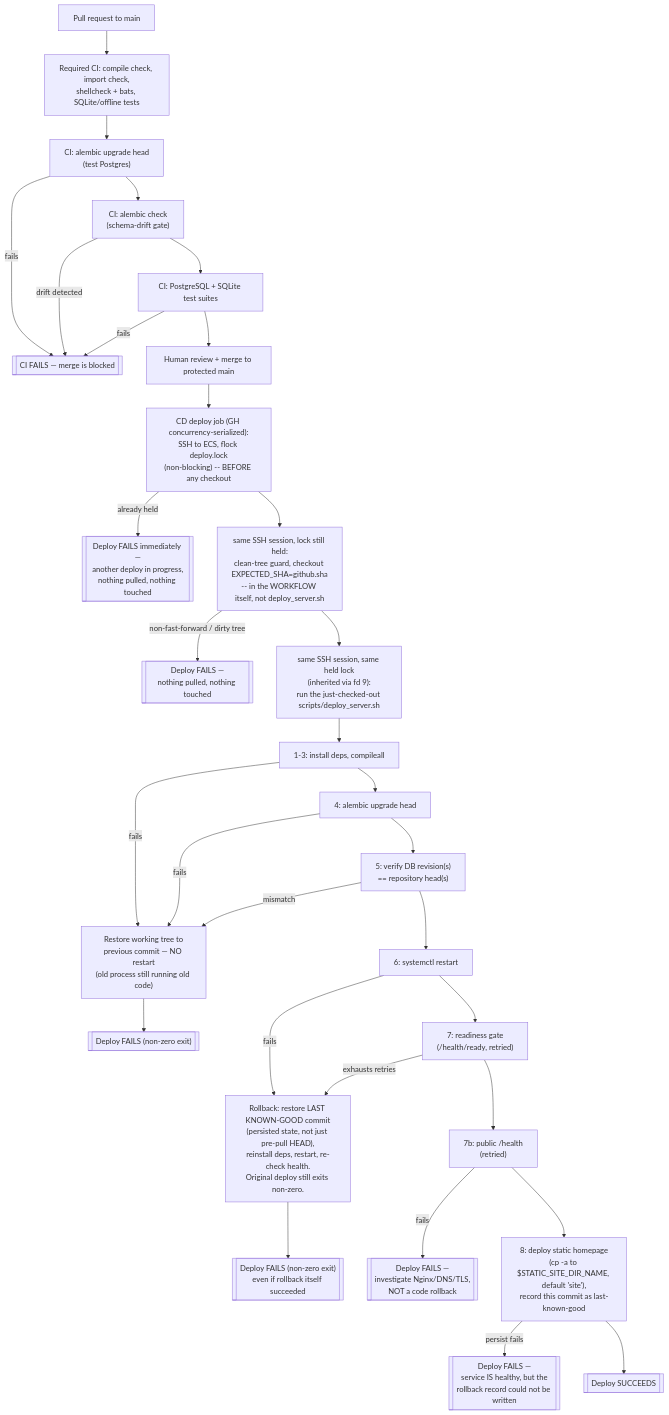
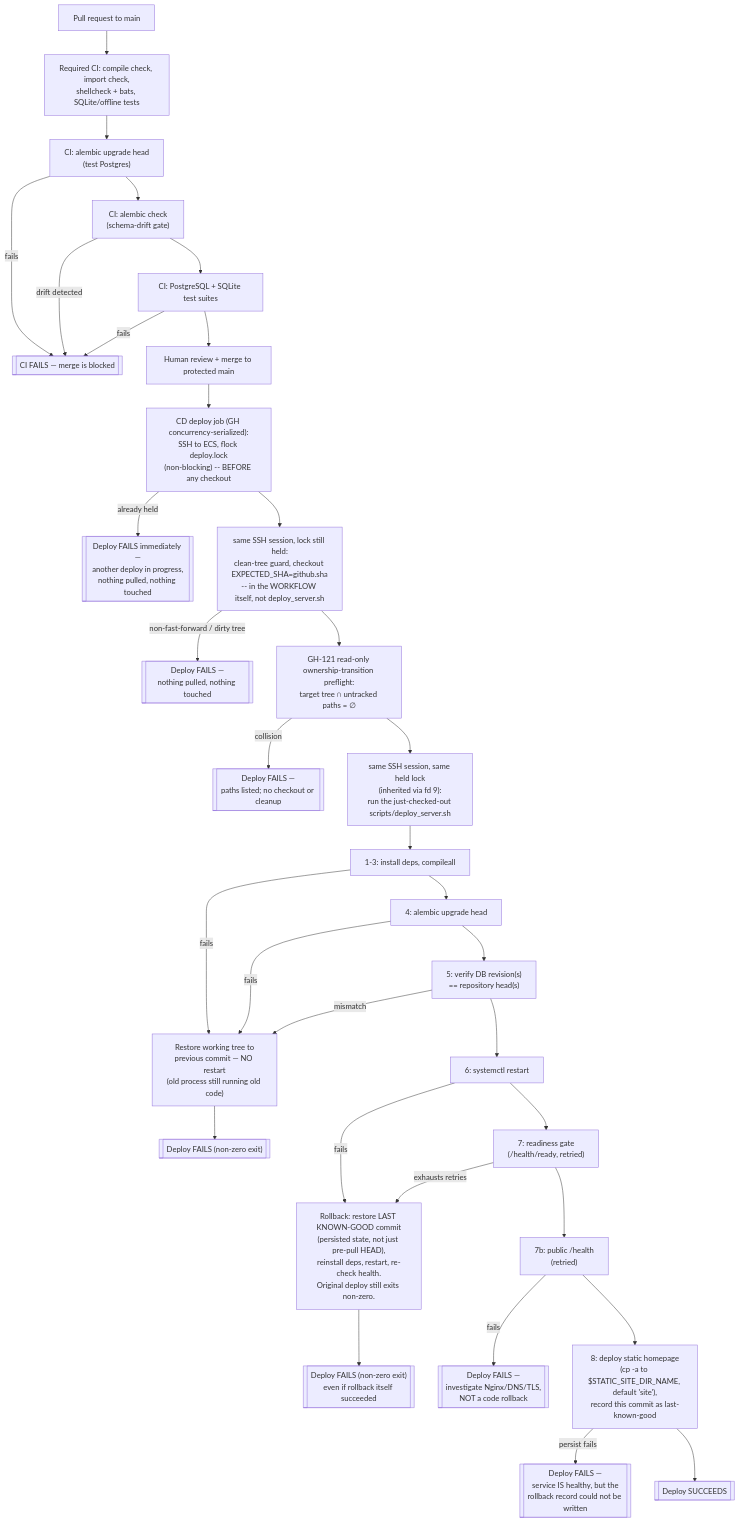
Before and after one commit to zuohaisu/wecom-archive: the diagram in docs/DEPLOYMENT.md, drawn with Mermaid. The commit also changed other lines of this file and 7 other files, not shown here.

````diff
--- a/docs/DEPLOYMENT.md
+++ b/docs/DEPLOYMENT.md
@@ -379,35 +380,37 @@
 ```mermaid
 flowchart TD
     A[Pull request to main] --> B["Required CI: compile check, import check,\nshellcheck + bats, SQLite/offline tests"]
     B --> C["CI: alembic upgrade head\n(test Postgres)"]
     C -->|fails| CI_FAIL[["CI FAILS — merge is blocked"]]
     C --> D["CI: alembic check\n(schema-drift gate)"]
     D -->|drift detected| CI_FAIL
     D --> E["CI: PostgreSQL + SQLite test suites"]
     E -->|fails| CI_FAIL
     E --> MERGE["Human review + merge to protected main"]
     MERGE --> F_LOCK["CD deploy job (GH concurrency-serialized):\nSSH to ECS, flock deploy.lock\n(non-blocking) -- BEFORE any checkout"]
     F_LOCK -->|already held| FAILLOCK[["Deploy FAILS immediately —\nanother deploy in progress,\nnothing pulled, nothing touched"]]
     F_LOCK --> F0["same SSH session, lock still held:\nclean-tree guard, checkout EXPECTED_SHA=github.sha\n-- in the WORKFLOW itself, not deploy_server.sh"]
     F0 -->|non-fast-forward / dirty tree| FAIL0[["Deploy FAILS —\nnothing pulled, nothing touched"]]
-    F0 --> F["same SSH session, same held lock\n(inherited via fd 9):\nrun the just-checked-out scripts/deploy_server.sh"]
+    F0 --> P["GH-121 read-only ownership-transition preflight:\ntarget tree ∩ untracked paths = ∅"]
+    P -->|collision| FAILP[["Deploy FAILS —\npaths listed; no checkout or cleanup"]]
+    P --> F["same SSH session, same held lock\n(inherited via fd 9):\nrun the just-checked-out scripts/deploy_server.sh"]
 
     F --> G["1-3: install deps, compileall"]
     G -->|fails| ROLLBACK_CODE["Restore working tree to\nprevious commit — NO restart\n(old process still running old code)"]
     G --> H["4: alembic upgrade head"]
     H -->|fails| ROLLBACK_CODE
     H --> I["5: verify DB revision(s)\n== repository head(s)"]
     I -->|mismatch| ROLLBACK_CODE
     I --> J["6: systemctl restart"]
     J -->|fails| ROLLBACK_FULL
     J --> K["7: readiness gate\n(/health/ready, retried)"]
     K -->|exhausts retries| ROLLBACK_FULL["Rollback: restore LAST KNOWN-GOOD commit\n(persisted state, not just pre-pull HEAD),\nreinstall deps, restart, re-check health.\nOriginal deploy still exits non-zero."]
     K --> L["7b: public /health\n(retried)"]
     L -->|fails| PROXY_FAIL[["Deploy FAILS —\ninvestigate Nginx/DNS/TLS,\nNOT a code rollback"]]
     L --> M["8: deploy static homepage\n(cp -a to $STATIC_SITE_DIR_NAME, default 'site'),\nrecord this commit as last-known-good"]
     M -->|persist fails| FAILPERSIST[["Deploy FAILS —\nservice IS healthy, but the\nrollback record could not be written"]]
     M --> N[["Deploy SUCCEEDS"]]
 
     ROLLBACK_CODE --> FAIL1[["Deploy FAILS (non-zero exit)"]]
     ROLLBACK_FULL --> FAIL2[["Deploy FAILS (non-zero exit)\neven if rollback itself succeeded"]]
 ```
````
